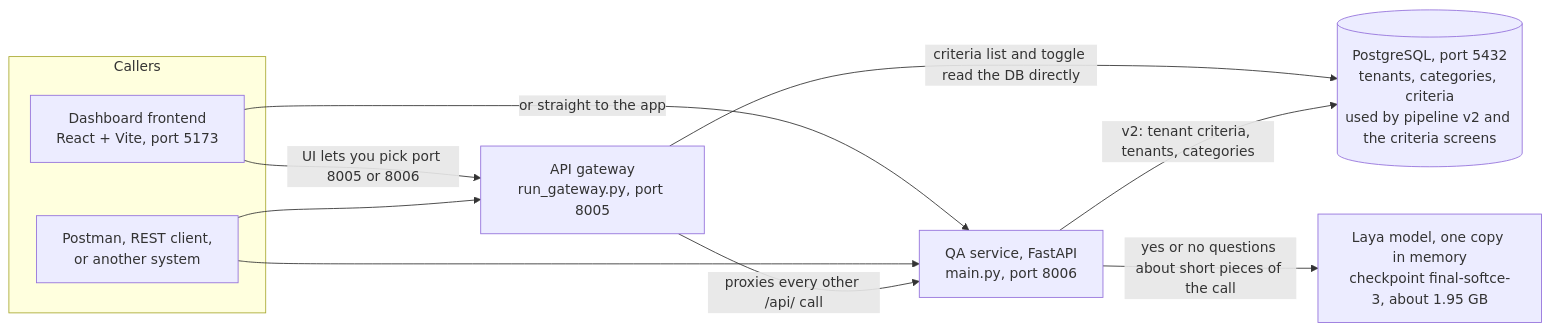
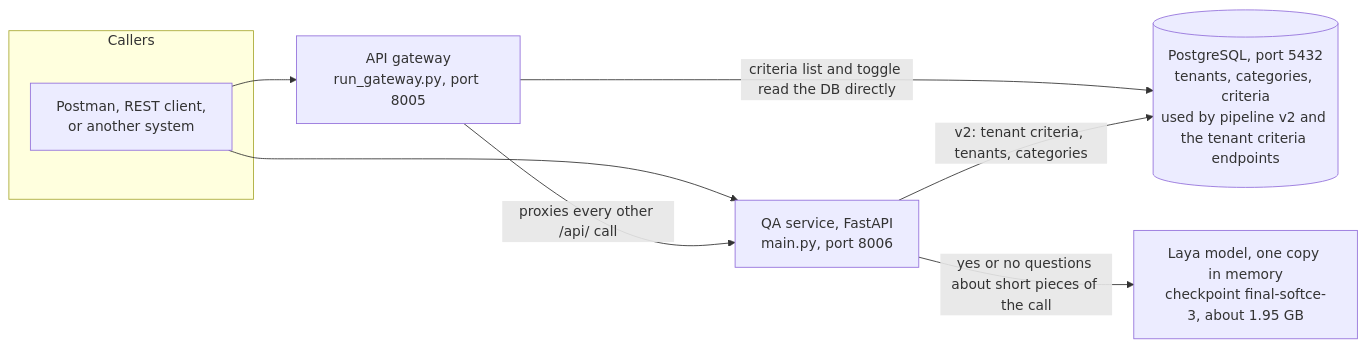
Before and after one commit to nimjj/QA-system: the first of 11 diagrams in Docs/FLOW_DIAGRAMS.md, drawn with Mermaid. The commit also changed other lines of this file and 30 other files, not shown here.

````diff
--- a/Docs/FLOW_DIAGRAMS.md
+++ b/Docs/FLOW_DIAGRAMS.md
@@ -19,20 +19,17 @@
 ```mermaid
 flowchart LR
     subgraph clients["Callers"]
-        FE["Dashboard frontend<br/>React + Vite, port 5173"]
         PM["Postman, REST client,<br/>or another system"]
     end
     GW["API gateway<br/>run_gateway.py, port 8005"]
     APP["QA service, FastAPI<br/>main.py, port 8006"]
-    DB[("PostgreSQL, port 5432<br/>tenants, categories, criteria<br/>used by pipeline v2 and the criteria screens")]
+    DB[("PostgreSQL, port 5432<br/>tenants, categories, criteria<br/>used by pipeline v2 and the tenant criteria endpoints")]
     MODEL["Laya model, one copy in memory<br/>checkpoint final-softce-3, about 1.95 GB"]
 
-    FE -->|"UI lets you pick port 8005 or 8006"| GW
-    FE -->|"or straight to the app"| APP
     PM --> APP
     PM --> GW
     GW -->|"proxies every other /api/ call"| APP
     GW -->|"criteria list and toggle read the DB directly"| DB
     APP -->|"v2: tenant criteria, tenants, categories"| DB
     APP -->|"yes or no questions about short pieces of the call"| MODEL
 ```
````
